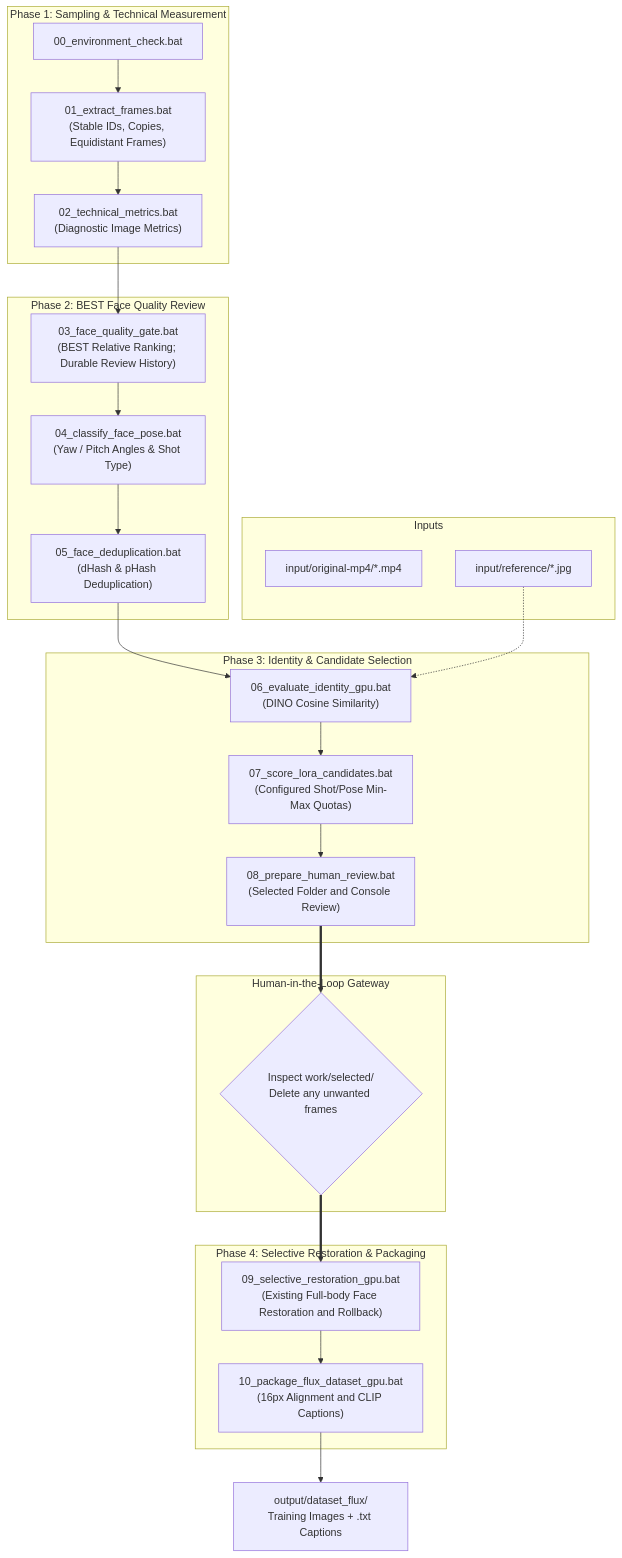
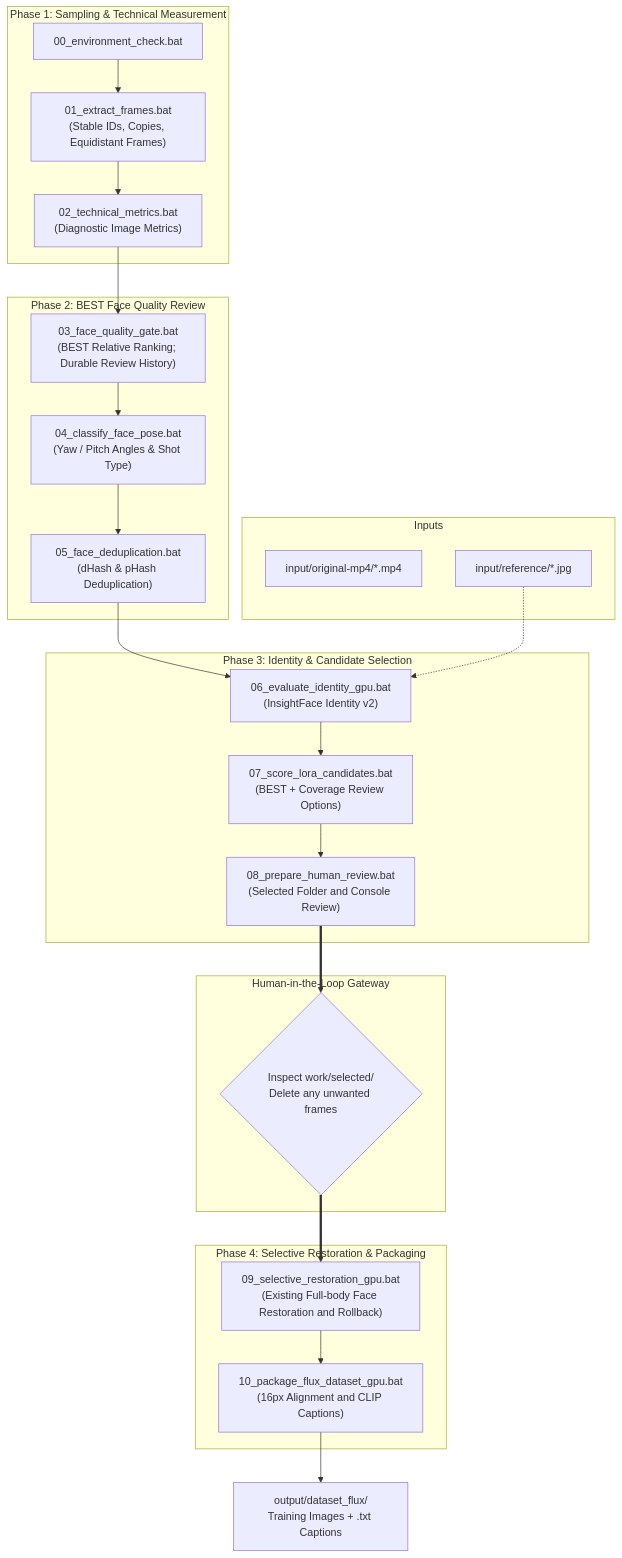
The diagram in README.md (maruking/project_human_lora), drawn with Mermaid before and after one commit. The commit also changed other lines of this file and 51 other files, not shown here.

Commit message:
Implement STEP6 identity, STEP7 quality coverage, and STEP8 folder review

````diff
--- a/README.md
+++ b/README.md
@@ -56,36 +56,36 @@
 ```mermaid
 flowchart TD
     subgraph Inputs
         V[input/original-mp4/*.mp4]
         R[input/reference/*.jpg]
     end
 
     subgraph Phase1["Phase 1: Sampling & Technical Measurement"]
         S00["00_environment_check.bat"] --> S01["01_extract_frames.bat<br/>(Stable IDs, Copies, Equidistant Frames)"]
         S01 --> S02["02_technical_metrics.bat<br/>(Diagnostic Image Metrics)"]
     end
 
     subgraph Phase2["Phase 2: BEST Face Quality Review"]
         S02 --> S03["03_face_quality_gate.bat<br/>(BEST Relative Ranking; Durable Review History)"]
         S03 --> S04["04_classify_face_pose.bat<br/>(Yaw / Pitch Angles & Shot Type)"]
         S04 --> S05["05_face_deduplication.bat<br/>(dHash & pHash Deduplication)"]
     end
 
     subgraph Phase3["Phase 3: Identity & Candidate Selection"]
-        S05 --> S06["06_evaluate_identity_gpu.bat<br/>(DINO Cosine Similarity)"]
+        S05 --> S06["06_evaluate_identity_gpu.bat<br/>(InsightFace Identity v2)"]
         R -.-> S06
-        S06 --> S07["07_score_lora_candidates.bat<br/>(Configured Shot/Pose Min-Max Quotas)"]
+        S06 --> S07["07_score_lora_candidates.bat<br/>(BEST + Coverage Review Options)"]
         S07 --> S08["08_prepare_human_review.bat<br/>(Selected Folder and Console Review)"]
     end
 
     subgraph HumanGateway["Human-in-the-Loop Gateway"]
         S08 ==> HR{"Inspect work/selected/<br/>Delete any unwanted frames"}
     end
 
     subgraph Phase4["Phase 4: Selective Restoration & Packaging"]
         HR ==> S09["09_selective_restoration_gpu.bat<br/>(Existing Full-body Face Restoration and Rollback)"]
         S09 --> S10["10_package_flux_dataset_gpu.bat<br/>(16px Alignment and CLIP Captions)"]
     end
 
     S10 --> OUT[output/dataset_flux/<br/>Training Images + .txt Captions]
 ```
````
